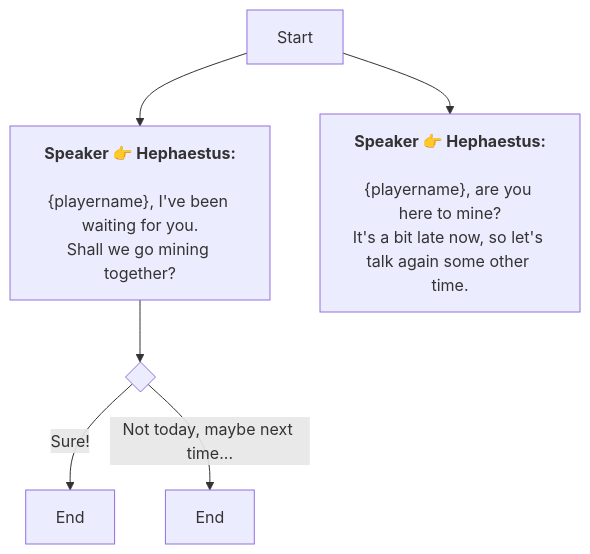
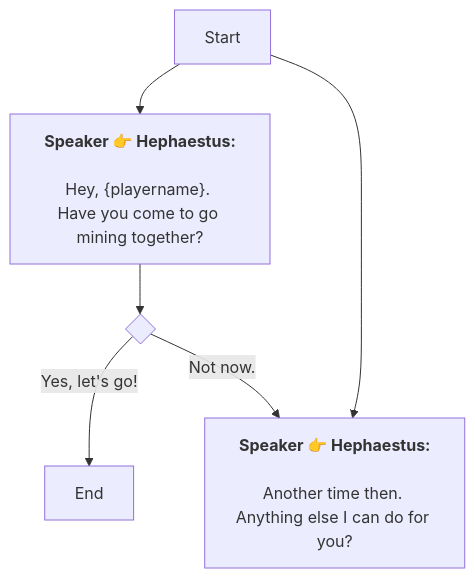
The diagram in En/QuestTalkObjectiveNode_1750657146285344.md (SoftHu/tos_avg), drawn with Mermaid before and after one commit. The commit also changed 312 other files, not shown here.

````diff
--- a/En/QuestTalkObjectiveNode_1750657146285344.md
+++ b/En/QuestTalkObjectiveNode_1750657146285344.md
@@ -1,15 +1,20 @@
 ```mermaid
 graph
 Start -->1750658557600035[<b>Speaker 👉 Hephaestus:</b>
 
-&lbrace;playername&rbrace;, I've been waiting for you.
-Shall we go mining together?]
+Hey, &lbrace;playername&rbrace;. 
+Have you come to go mining together? ]
 Start -->1750911970255123[<b>Speaker 👉 Hephaestus:</b>
 
-&lbrace;playername&rbrace;, are you here to mine?
-It's a bit late now, so let's talk again some other time.]
+Another time then. 
+Anything else I can do for you?
+]
 1750658557600035 -->1750658984505636{ }
-1750658984505636 -->|Sure!|1750835737352708[End]
-1750658984505636 -->|Not today, maybe next time...|1750835743941125[End]
+1750658984505636 -->|Yes, let's go!|1750835737352708[End]
+1750658984505636 -->|Not now.|1750911970255123[<b>Speaker 👉 Hephaestus:</b>
+
+Another time then. 
+Anything else I can do for you?
+]
 
  ```
````
